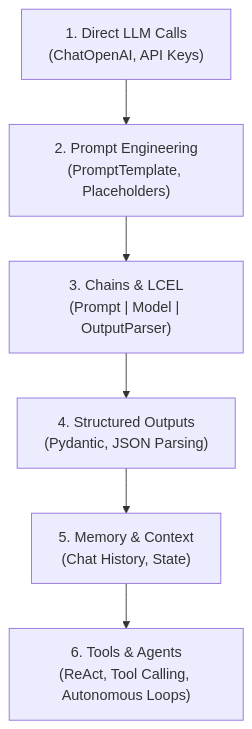
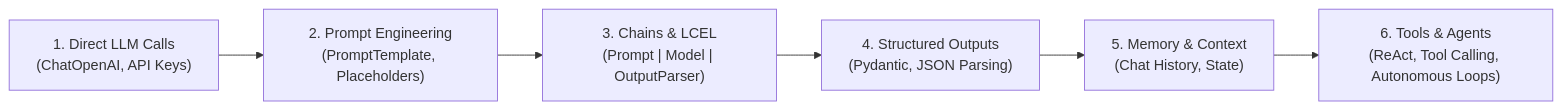
One commit to Shotza247/Langchain_Agent_Udemy changed the diagram in README.md. Above: the diagram before and after it, drawn with Mermaid.

Commit message:
Update roadmap diagram orientation to horizontal in README

````diff
--- a/README.md
+++ b/README.md
@@ -11,8 +11,8 @@
 ```mermaid
-graph TD
+graph LR
     L1["1. Direct LLM Calls<br/>(ChatOpenAI, API Keys)"] --> L2["2. Prompt Engineering<br/>(PromptTemplate, Placeholders)"]
     L2 --> L3["3. Chains & LCEL<br/>(Prompt | Model | OutputParser)"]
     L3 --> L4["4. Structured Outputs<br/>(Pydantic, JSON Parsing)"]
     L4 --> L5["5. Memory & Context<br/>(Chat History, State)"]
     L5 --> L6["6. Tools & Agents<br/>(ReAct, Tool Calling, Autonomous Loops)"]
 ```
````
